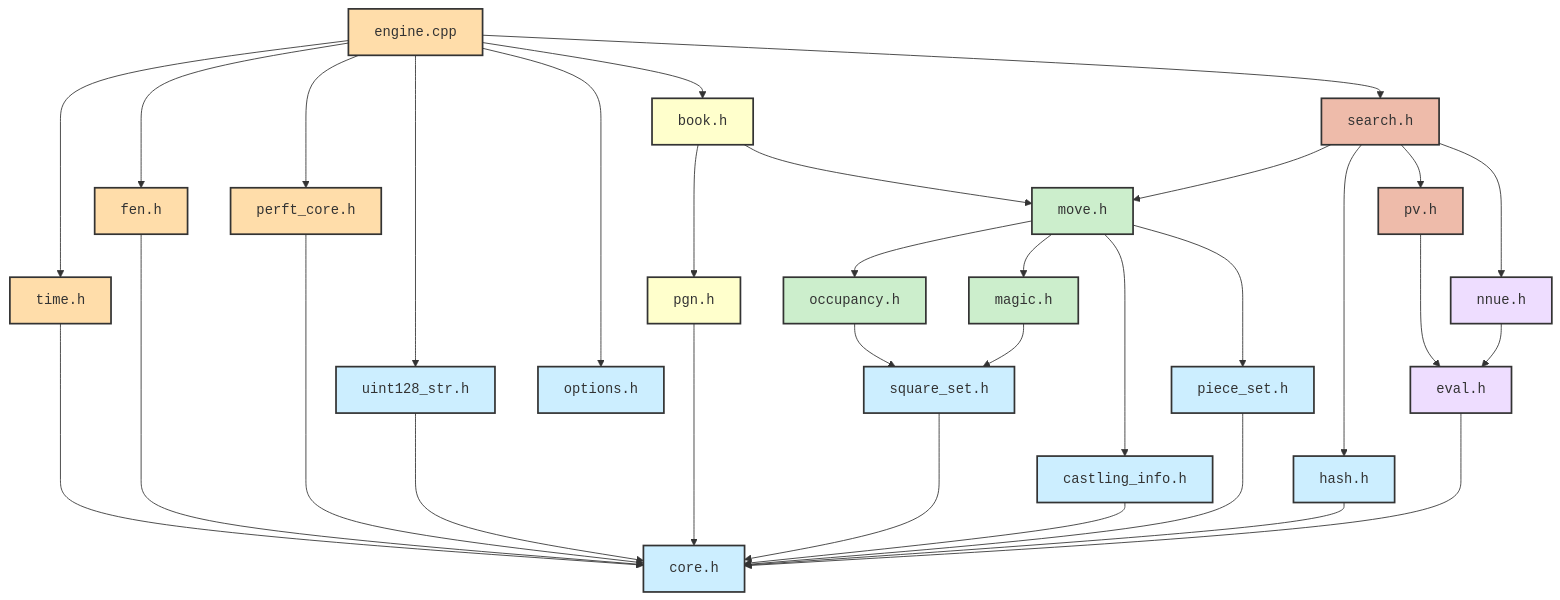
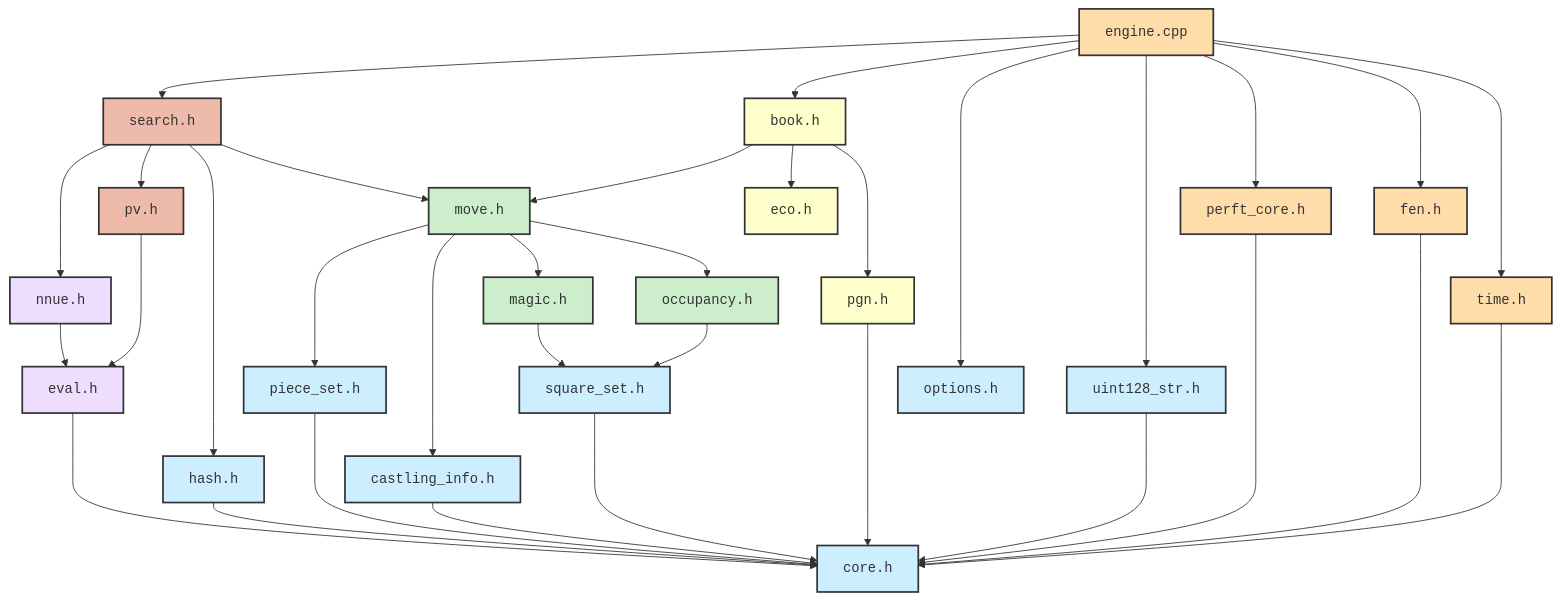
One commit to GeertBosch/gbchess changed the second of 2 diagrams in src/README.md. Above: the diagram before and after it, drawn with Mermaid. The commit also changed 5 other files, not shown here.

```diff
--- a/src/README.md
+++ b/src/README.md
@@ -102,6 +102,8 @@
 
     Time[time.h]
 
+    ECO[eco.h]
+
     %% The following are include dependencies between the above modules.
     %% The order is chosen to be able to render a planar graph, without crossing edges.
     %% Transitive dependencies are generally omitted for the graph.
@@ -123,6 +125,7 @@
     PGN ----> Core
     Move --> Occupancy
     Book --> PGN
+    Book --> ECO
     Occupancy --> SquareSet
     Move --> MoveMagic
     SquareSet --> Core
@@ -148,7 +151,7 @@
     classDef core fill:#cef,stroke:#333,stroke-width:2px,font-family:monospace
 
     class FEN,Engine,PerftCore,Time engine
-    class Book,PGN book
+    class Book,PGN,ECO book
     class MoveMagic,Occupancy,Move move
     class Search,PV search
     class Eval,NNUE eval
```
